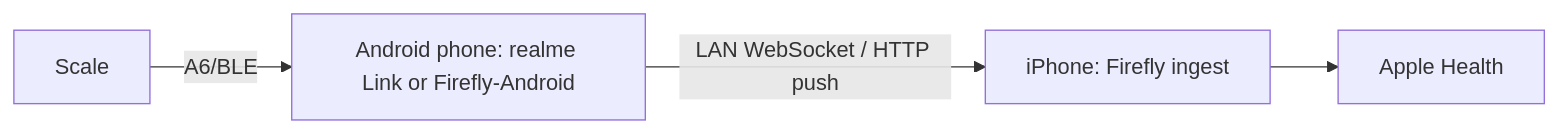
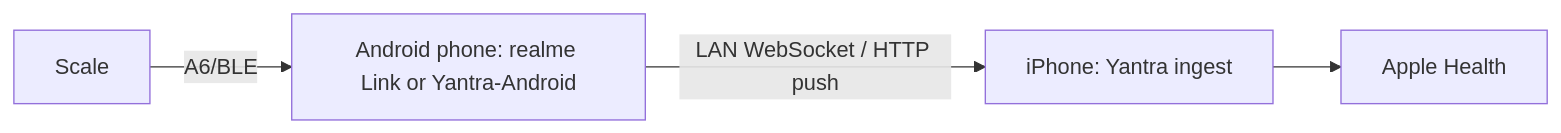
Before and after one commit to kulkahr/yantra: the ninth of 9 diagrams in docs/DIAGRAMS.md, drawn with Mermaid. The commit also changed other lines of this file and 29 other files, not shown here.

First line of the commit message:
Rebrand Firefly to Yantra across app, tests, docs and bundle id

````diff
--- a/docs/DIAGRAMS.md
+++ b/docs/DIAGRAMS.md
@@ -241,6 +241,6 @@
 ```mermaid
 graph LR
-    SCALE[Scale] -->|A6/BLE| AND[Android phone: realme Link or Firefly-Android]
-    AND -->|LAN WebSocket / HTTP push| IOS[iPhone: Firefly ingest]
+    SCALE[Scale] -->|A6/BLE| AND[Android phone: realme Link or Yantra-Android]
+    AND -->|LAN WebSocket / HTTP push| IOS[iPhone: Yantra ingest]
     IOS --> HK[Apple Health]
 ```
````
